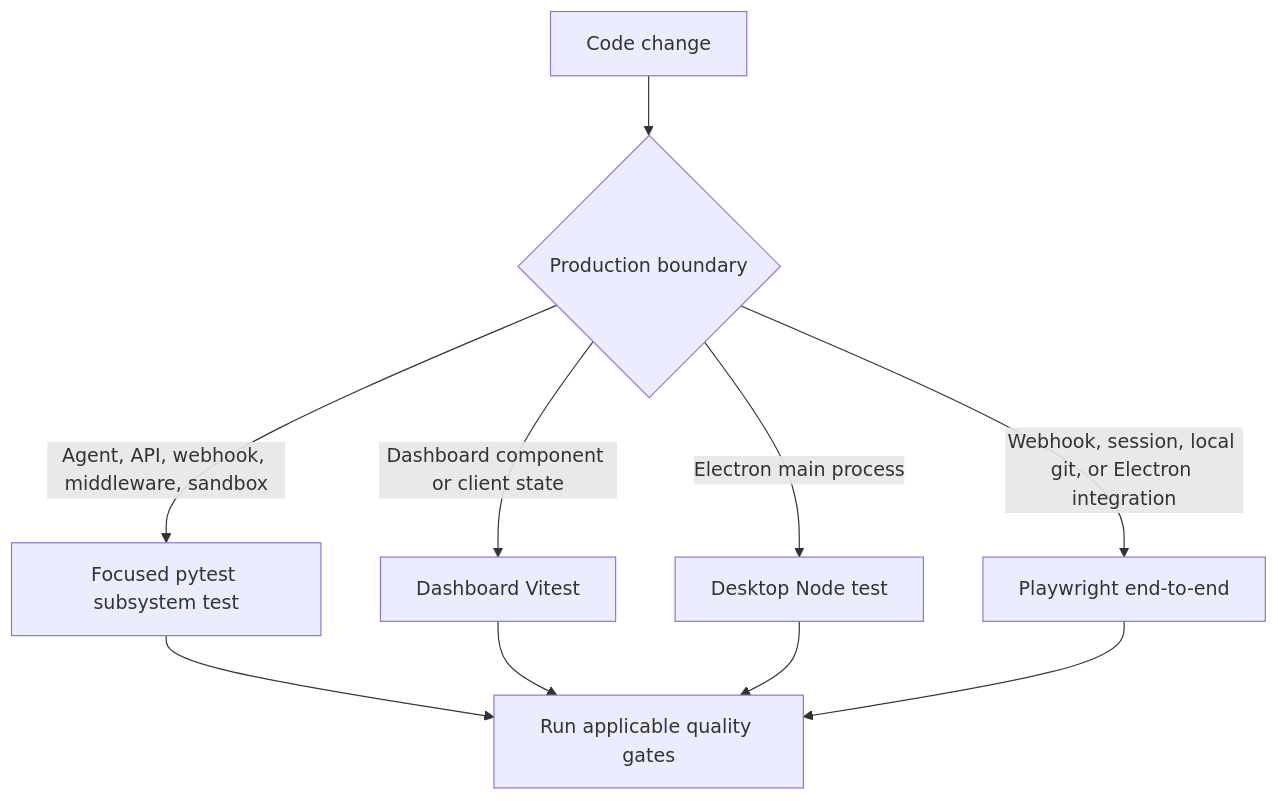
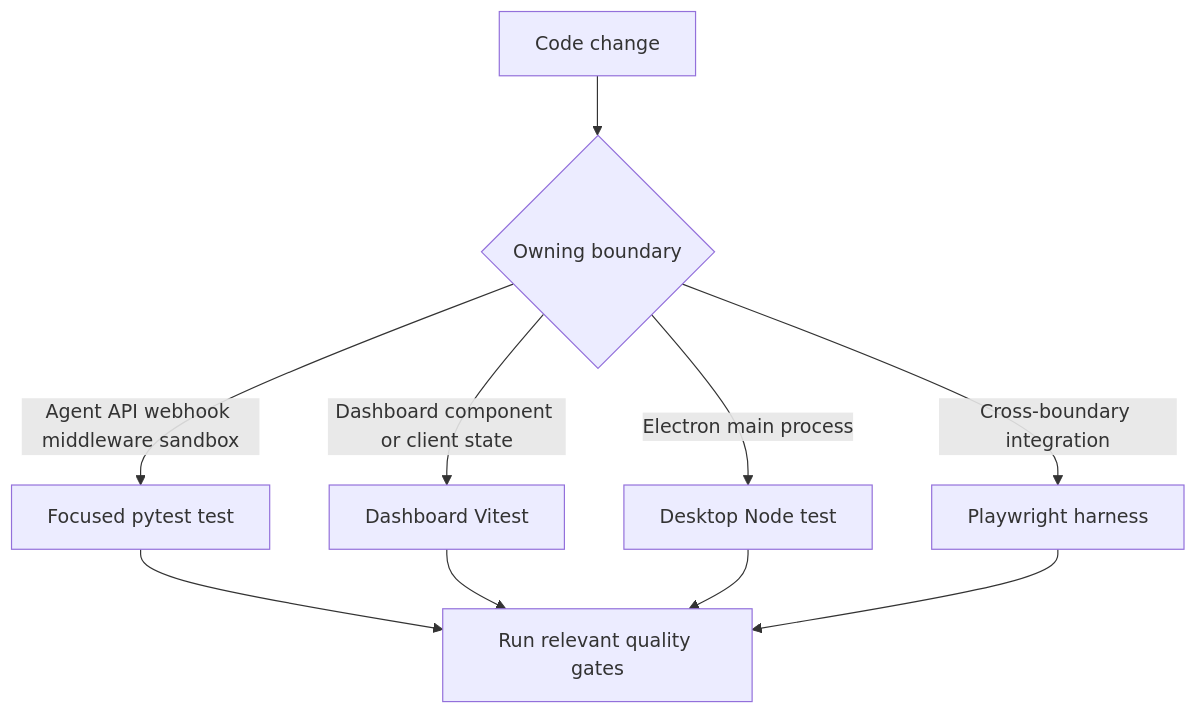
Before and after one commit to langchain-ai/open-swe: the first of 2 diagrams in openwiki/testing/overview.md, drawn with Mermaid. The commit also changed other lines of this file and 11 other files, not shown here.

````diff
--- a/openwiki/testing/overview.md
+++ b/openwiki/testing/overview.md
@@ -63,12 +77,12 @@
 ```mermaid
 flowchart TD
-    Change["Code change"] --> Boundary{"Production boundary"}
-    Boundary -->|"Agent, API, webhook, middleware, sandbox"| Python["Focused pytest subsystem test"]
+    Change["Code change"] --> Boundary{"Owning boundary"}
+    Boundary -->|"Agent API webhook middleware sandbox"| Python["Focused pytest test"]
     Boundary -->|"Dashboard component or client state"| Dashboard["Dashboard Vitest"]
     Boundary -->|"Electron main process"| Desktop["Desktop Node test"]
-    Boundary -->|"Webhook, session, local git, or Electron integration"| E2E["Playwright end-to-end"]
-    Python --> Gates["Run applicable quality gates"]
+    Boundary -->|"Cross-boundary integration"| E2E["Playwright harness"]
+    Python --> Gates["Run relevant quality gates"]
     Dashboard --> Gates
     Desktop --> Gates
     E2E --> Gates
 ```
````
